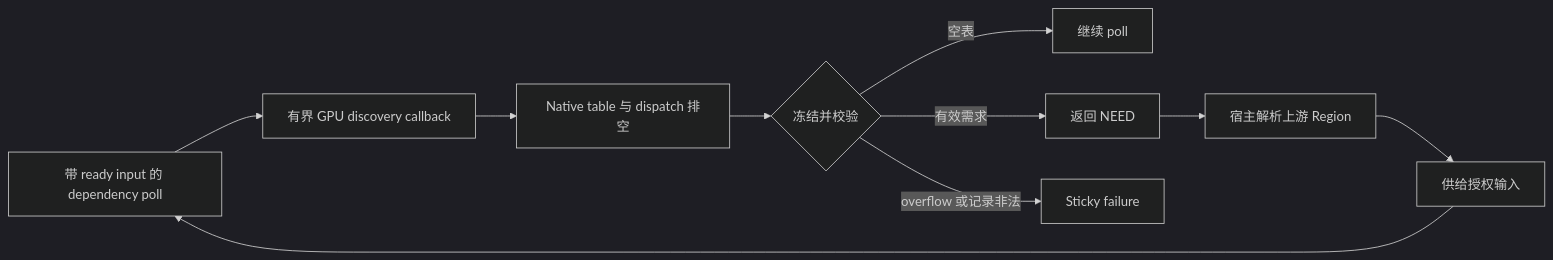
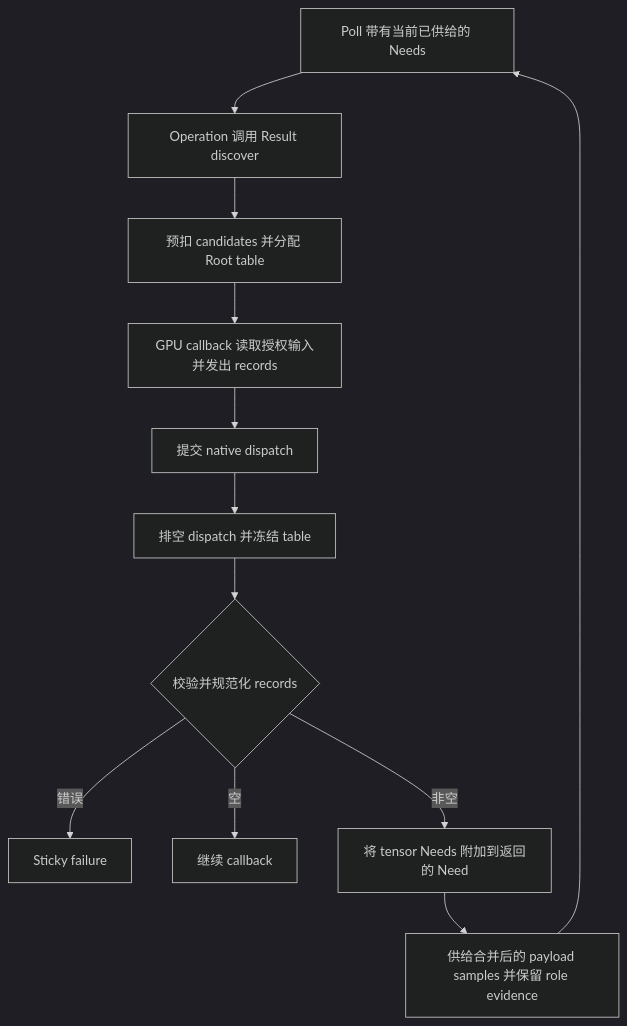
The diagram in docs/kernel-architecture/zh/GPU-Discovery.zh.md (kevin-zf1123/photospider), drawn with Mermaid (dark theme) before and after one commit. The commit also changed other lines of this file and 815 other files, not shown here.

````diff
--- a/docs/kernel-architecture/zh/GPU-Discovery.zh.md
+++ b/docs/kernel-architecture/zh/GPU-Discovery.zh.md
@@ -37,12 +57,14 @@
 ```mermaid
-flowchart LR
-    P[带 ready input 的 dependency poll] --> D[有界 GPU discovery callback]
-    D --> T[Native table 与 dispatch 排空]
-    T --> V{冻结并校验}
-    V -->|空表| C[继续 poll]
-    V -->|有效需求| N[返回 NEED]
-    V -->|overflow 或记录非法| E[Sticky failure]
-    N --> R[宿主解析上游 Region]
-    R --> S[供给授权输入]
+flowchart TD
+    P[Poll 带有当前已供给的 Needs] --> D[Operation 调用 Result discover]
+    D --> A[预扣 candidates 并分配 Root table]
+    A --> G[GPU callback 读取授权输入并发出 records]
+    G --> X[提交 native dispatch]
+    X --> F[排空 dispatch 并冻结 table]
+    F --> V{校验并规范化 records}
+    V -->|错误| E[Sticky failure]
+    V -->|空| C[继续 callback]
+    V -->|非空| N[将 tensor Needs 附加到返回的 Need]
+    N --> S[供给合并后的 payload samples 并保留 role evidence]
     S --> P
 ```
````
